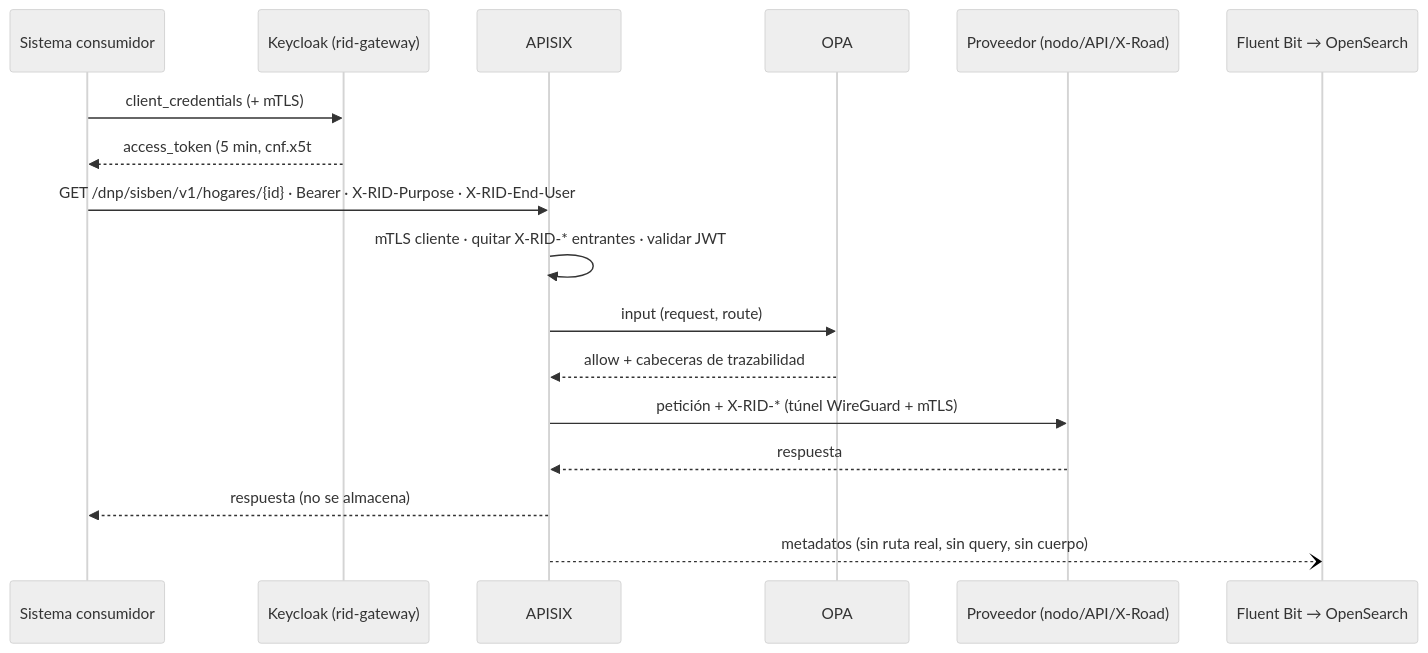
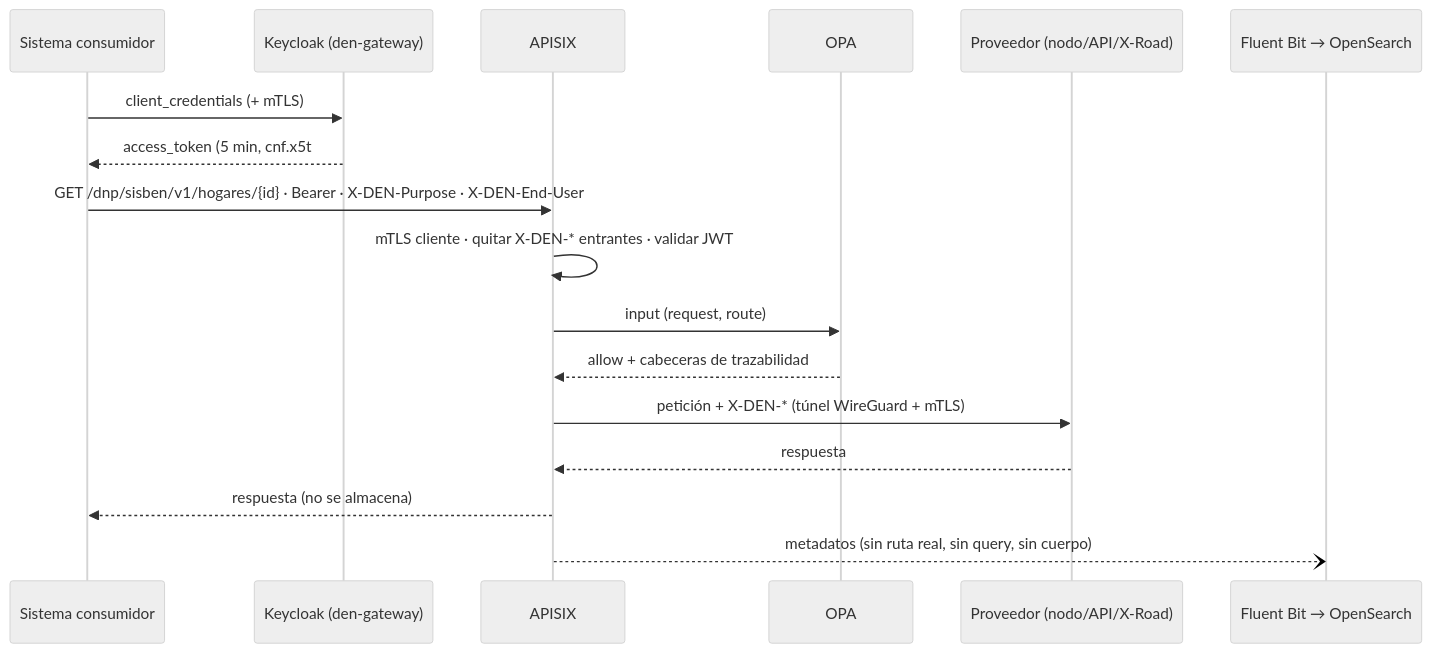
Before and after one commit to centre-for-dpi/data-exchange-admin-portal: the second of 2 diagrams in docs/es/ARCHITECTURE.md, drawn with Mermaid (neutral theme). The commit also changed other lines of this file and 541 other files, not shown here.

````diff
--- a/docs/es/ARCHITECTURE.md
+++ b/docs/es/ARCHITECTURE.md
@@ -276,19 +276,19 @@
 ```mermaid
 sequenceDiagram
   participant C as Sistema consumidor
-  participant KC as Keycloak (rid-gateway)
+  participant KC as Keycloak (den-gateway)
   participant GW as APISIX
   participant OPA as OPA
   participant P as Proveedor (nodo/API/X-Road)
   participant FB as Fluent Bit → OpenSearch
   C->>KC: client_credentials (+ mTLS)
   KC-->>C: access_token (5 min, cnf.x5t#S256)
-  C->>GW: GET /dnp/sisben/v1/hogares/{id} · Bearer · X-RID-Purpose · X-RID-End-User
-  GW->>GW: mTLS cliente · quitar X-RID-* entrantes · validar JWT
+  C->>GW: GET /dnp/sisben/v1/hogares/{id} · Bearer · X-DEN-Purpose · X-DEN-End-User
+  GW->>GW: mTLS cliente · quitar X-DEN-* entrantes · validar JWT
   GW->>OPA: input (request, route)
   OPA-->>GW: allow + cabeceras de trazabilidad
-  GW->>P: petición + X-RID-* (túnel WireGuard + mTLS)
+  GW->>P: petición + X-DEN-* (túnel WireGuard + mTLS)
   P-->>GW: respuesta
   GW-->>C: respuesta (no se almacena)
   GW--)FB: metadatos (sin ruta real, sin query, sin cuerpo)
 ```
````
